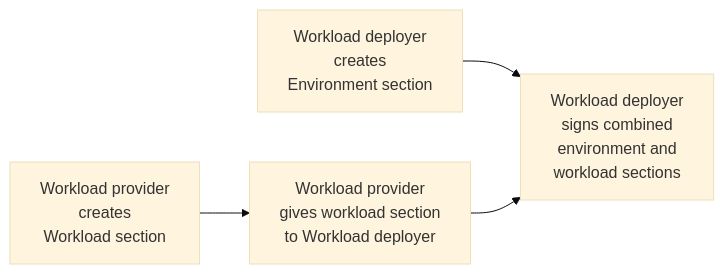
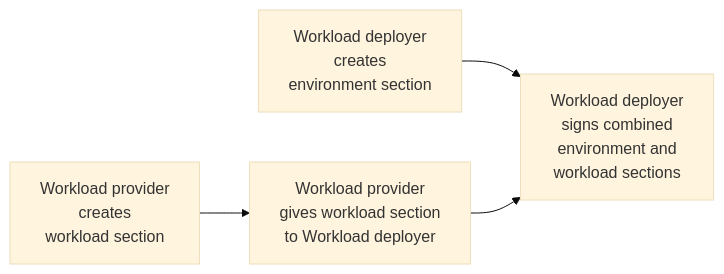
One commit to ibm-wsc/ConfidentialComputingOnLinuxONE changed the diagram in docs/lab/grep11/createGREP11Contract.md. Above: the diagram before and after it, drawn with Mermaid (base theme). The commit also changed other lines of this file and 6 other files, not shown here.

````diff
--- a/docs/lab/grep11/createGREP11Contract.md
+++ b/docs/lab/grep11/createGREP11Contract.md
@@ -82,19 +82,19 @@
 ``` mermaid
 flowchart LR
   A["Workload provider
   creates
-  Workload section"];
+  workload section"];
   B["Workload deployer
   creates
-  Environment section"]
+  environment section"]
   C["Workload provider
   gives workload section
   to Workload deployer"]
   A --> C
   D["Workload deployer
   signs combined
   environment and
   workload sections"]
   B --> D
   C --> D
 ```
````
